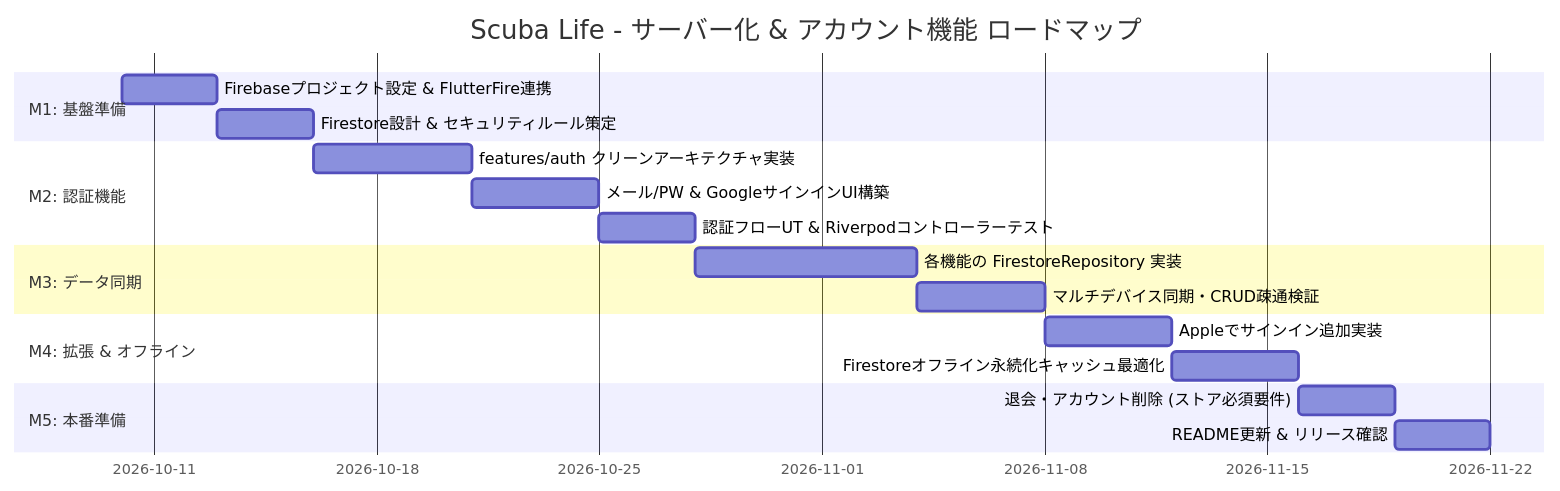
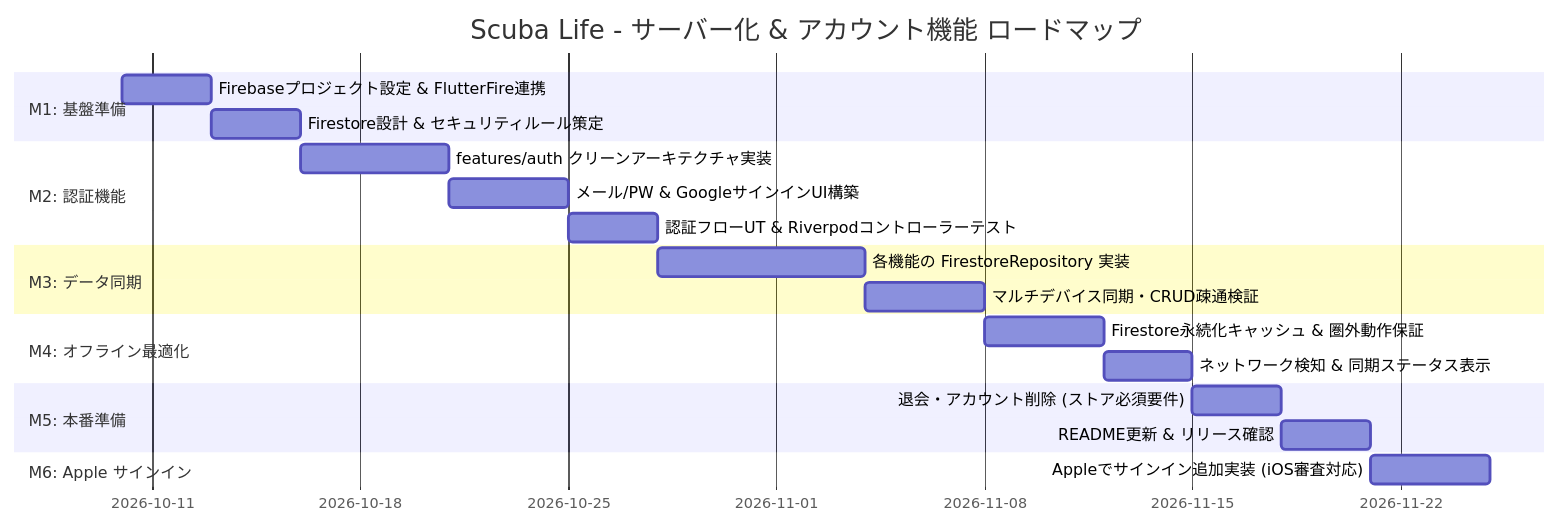
One commit to LiFE-124C41/scuba-life changed the third of 4 diagrams in docs/plans/account_and_backend_plan.md. Above: the diagram before and after it, drawn with Mermaid. The commit also changed other lines of this file and 8 other files, not shown here.

````diff
--- a/docs/plans/account_and_backend_plan.md
+++ b/docs/plans/account_and_backend_plan.md
@@ -211,21 +211,23 @@
 ```mermaid
 gantt
     title Scuba Life - サーバー化 & アカウント機能 ロードマップ
     dateFormat  YYYY-MM-DD
     section M1: 基盤準備
     Firebaseプロジェクト設定 & FlutterFire連携 :m1_1, 2026-10-10, 3d
     Firestore設計 & セキュリティルール策定      :m1_2, after m1_1, 3d
     section M2: 認証機能
     features/auth クリーンアーキテクチャ実装    :m2_1, after m1_2, 5d
     メール/PW & GoogleサインインUI構築         :m2_2, after m2_1, 4d
     認証フローUT & Riverpodコントローラーテスト  :m2_3, after m2_2, 3d
     section M3: データ同期
     各機能の FirestoreRepository 実装         :m3_1, after m2_3, 7d
     マルチデバイス同期・CRUD疎通検証           :m3_2, after m3_1, 4d
-    section M4: 拡張 & オフライン
-    Appleでサインイン追加実装                 :m4_1, after m3_2, 4d
-    Firestoreオフライン永続化キャッシュ最適化    :m4_2, after m4_1, 4d
+    section M4: オフライン最適化
+    Firestore永続化キャッシュ & 圏外動作保証    :m4_1, after m3_2, 4d
+    ネットワーク検知 & 同期ステータス表示      :m4_2, after m4_1, 3d
     section M5: 本番準備
     退会・アカウント削除 (ストア必須要件)       :m5_1, after m4_2, 3d
     README更新 & リリース確認                 :m5_2, after m5_1, 3d
+    section M6: Apple サインイン
+    Appleでサインイン追加実装 (iOS審査対応)    :m6_1, after m5_2, 4d
 ```
````
